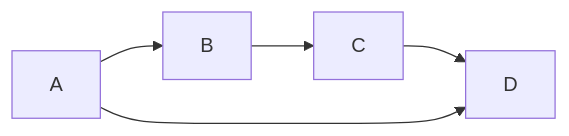
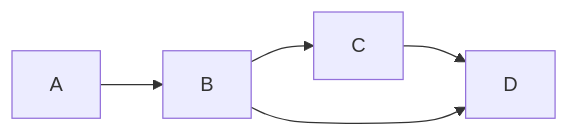
Before and after one commit to justfetz/iit-cs-583-probabilistic-graphical-models-notes: the first of 8 diagrams in GraphsAndCliques.md, drawn with Mermaid.

````diff
--- a/GraphsAndCliques.md
+++ b/GraphsAndCliques.md
@@ -9,7 +9,7 @@
 ```mermaid
 graph LR
 A --> B
 B --> C
 C --> D
-A --> D
+B --> D
 ```
````
